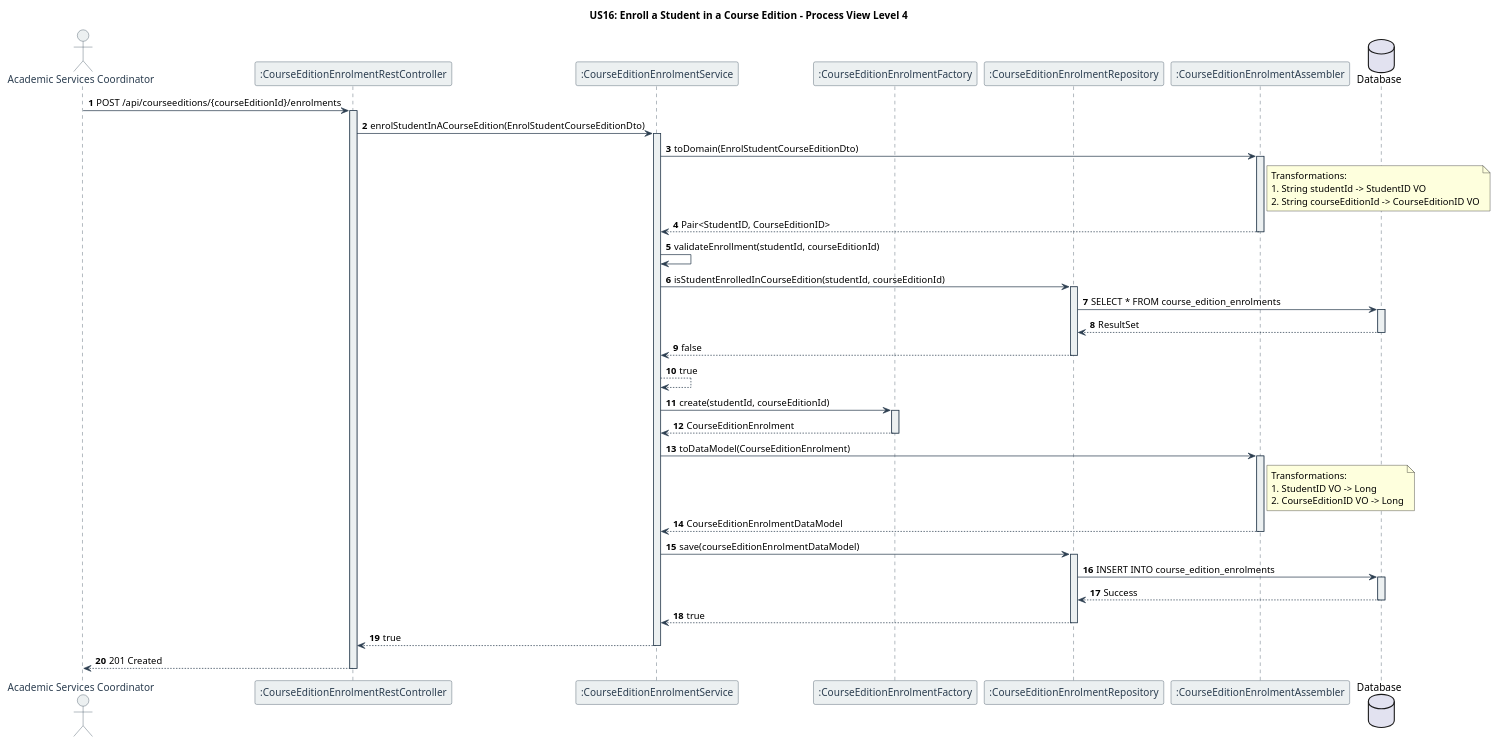
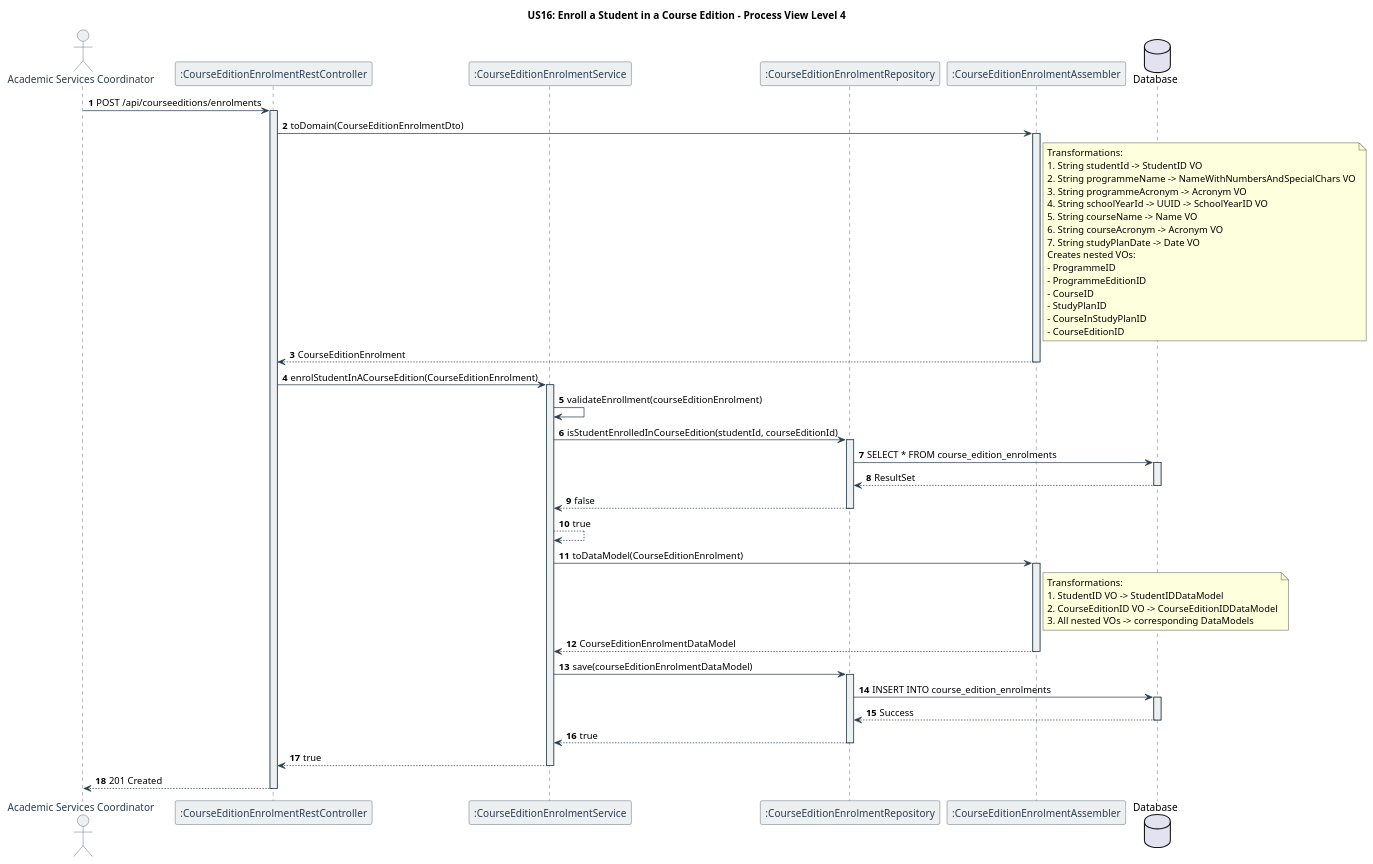
The diagram in docs/US16/sprint6_RestController/process_view/Level4.puml (GasparISEP/DevOps-PAI), drawn with PlantUML before and after one commit. The commit also changed 1 other file, not shown here.

Commit message:
docs: Update Level3.puml and Level4.puml to reflect changes in the student enrollment process via REST API. Modified API endpoints and improved data transformation details.. refs #500

```diff
--- a/docs/US16/sprint6_RestController/process_view/Level4.puml
+++ b/docs/US16/sprint6_RestController/process_view/Level4.puml
@@ -1,86 +1,93 @@
 @startuml
 title US16: Enroll a Student in a Course Edition - Process View Level 4
 autonumber
 
 ' Set colors for different types of lines
 skinparam sequence {
     ArrowColor #2C3E50
     LifeLineBorderColor #2C3E50
     LifeLineBackgroundColor #ECF0F1
     ParticipantBorderColor #2C3E50
     ParticipantBackgroundColor #ECF0F1
     ParticipantFontColor #2C3E50
     ActorBorderColor #2C3E50
     ActorBackgroundColor #ECF0F1
     ActorFontColor #2C3E50
     DatabaseBorderColor #2C3E50
     DatabaseBackgroundColor #ECF0F1
     DatabaseFontColor #2C3E50
 }
 
 actor "Academic Services Coordinator" as ASC
 participant ":CourseEditionEnrolmentRestController" as Controller
 participant ":CourseEditionEnrolmentService" as Service
-participant ":CourseEditionEnrolmentFactory" as Factory
 participant ":CourseEditionEnrolmentRepository" as Repository
 participant ":CourseEditionEnrolmentAssembler" as Assembler
 database "Database" as DB
 
-ASC -> Controller: POST /api/courseeditions/{courseEditionId}/enrolments
+ASC -> Controller: POST /api/courseeditions/enrolments
 activate Controller
 
-Controller -> Service: enrolStudentInACourseEdition(EnrolStudentCourseEditionDto)
-activate Service
-
-Service -> Assembler: toDomain(EnrolStudentCourseEditionDto)
+Controller -> Assembler: toDomain(CourseEditionEnrolmentDto)
 activate Assembler
 note right of Assembler
   Transformations:
   1. String studentId -> StudentID VO
-  2. String courseEditionId -> CourseEditionID VO
+  2. String programmeName -> NameWithNumbersAndSpecialChars VO
+  3. String programmeAcronym -> Acronym VO
+  4. String schoolYearId -> UUID -> SchoolYearID VO
+  5. String courseName -> Name VO
+  6. String courseAcronym -> Acronym VO
+  7. String studyPlanDate -> Date VO
+  Creates nested VOs:
+  - ProgrammeID
+  - ProgrammeEditionID
+  - CourseID
+  - StudyPlanID
+  - CourseInStudyPlanID
+  - CourseEditionID
 end note
-Assembler --> Service: Pair<StudentID, CourseEditionID>
+Assembler --> Controller: CourseEditionEnrolment
 deactivate Assembler
 
-Service -> Service: validateEnrollment(studentId, courseEditionId)
+Controller -> Service: enrolStudentInACourseEdition(CourseEditionEnrolment)
+activate Service
+
+Service -> Service: validateEnrollment(courseEditionEnrolment)
 Service -> Repository: isStudentEnrolledInCourseEdition(studentId, courseEditionId)
 activate Repository
 Repository -> DB: SELECT * FROM course_edition_enrolments
 activate DB
 DB --> Repository: ResultSet
 deactivate DB
 Repository --> Service: false
 deactivate Repository
 Service --> Service: true
 
-Service -> Factory: create(studentId, courseEditionId)
-activate Factory
-Factory --> Service: CourseEditionEnrolment
-deactivate Factory
-
 Service -> Assembler: toDataModel(CourseEditionEnrolment)
 activate Assembler
 note right of Assembler
   Transformations:
-  1. StudentID VO -> Long
-  2. CourseEditionID VO -> Long
+  1. StudentID VO -> StudentIDDataModel
+  2. CourseEditionID VO -> CourseEditionIDDataModel
+  3. All nested VOs -> corresponding DataModels
 end note
 Assembler --> Service: CourseEditionEnrolmentDataModel
 deactivate Assembler
 
 Service -> Repository: save(courseEditionEnrolmentDataModel)
 activate Repository
 Repository -> DB: INSERT INTO course_edition_enrolments
 activate DB
 DB --> Repository: Success
 deactivate DB
 Repository --> Service: true
 deactivate Repository
 
 Service --> Controller: true
 deactivate Service
 
 Controller --> ASC: 201 Created
 deactivate Controller
 
 @enduml 
```
